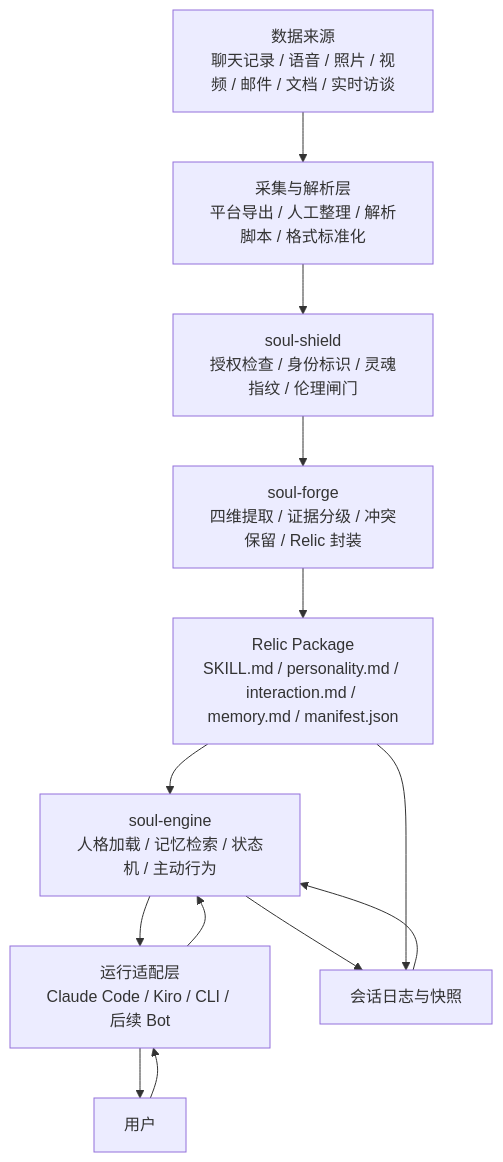
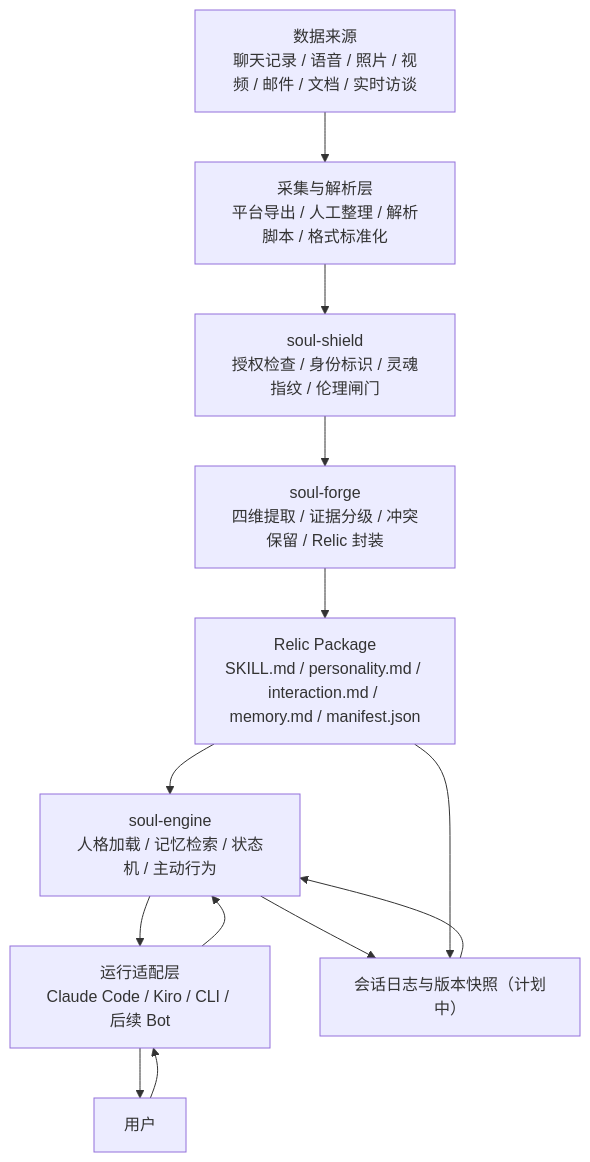
Before and after one commit to Ylsssq926/relic.skill: the first of 2 diagrams in docs/ARCHITECTURE.md, drawn with Mermaid. The commit also changed other lines of this file and 5 other files, not shown here.

````diff
--- a/docs/ARCHITECTURE.md
+++ b/docs/ARCHITECTURE.md
@@ -16,18 +16,18 @@
 ```mermaid
 flowchart TD
     A[数据来源<br/>聊天记录 / 语音 / 照片 / 视频 / 邮件 / 文档 / 实时访谈]
     B[采集与解析层<br/>平台导出 / 人工整理 / 解析脚本 / 格式标准化]
     C[soul-shield<br/>授权检查 / 身份标识 / 灵魂指纹 / 伦理闸门]
     D[soul-forge<br/>四维提取 / 证据分级 / 冲突保留 / Relic 封装]
     E[Relic Package<br/>SKILL.md / personality.md / interaction.md / memory.md / manifest.json]
     F[soul-engine<br/>人格加载 / 记忆检索 / 状态机 / 主动行为]
     G[运行适配层<br/>Claude Code / Kiro / CLI / 后续 Bot]
     H[用户]
-    I[会话日志与快照]
+    I[会话日志与版本快照（计划中）]
 
     A --> B --> C --> D --> E --> F --> G --> H
     H --> G --> F
     F --> I
     I --> F
     E --> I
 ```
````
